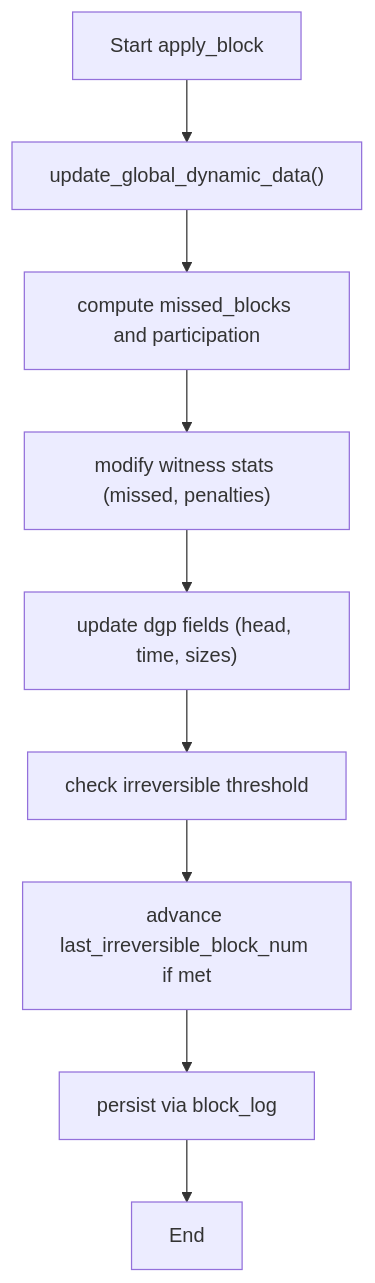
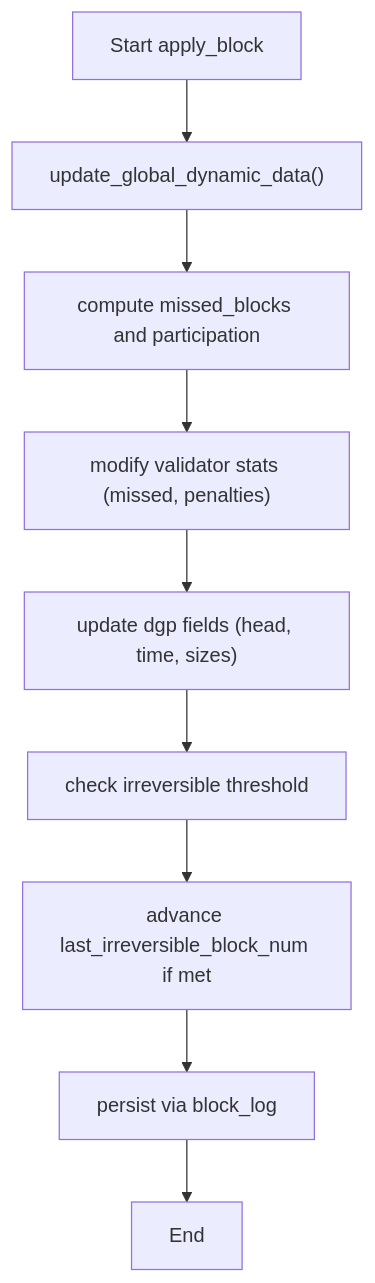
The eighth of 9 diagrams in .qoder/repowiki/en/content/Architecture Overview/Core Libraries/Protocol Library/Block Structures.md (VIZ-Blockchain/viz-cpp-node), drawn with Mermaid before and after one commit. The commit also changed other lines of this file and 88 other files, not shown here.

First line of the commit message:
docs(validator): rename witness to validator throughout documentation

````diff
--- a/.qoder/repowiki/en/content/Architecture Overview/Core Libraries/Protocol Library/Block Structures.md
+++ b/.qoder/repowiki/en/content/Architecture Overview/Core Libraries/Protocol Library/Block Structures.md
@@ -304,11 +304,11 @@
 ```mermaid
 flowchart TD
 S["Start apply_block"] --> U["update_global_dynamic_data()"]
 U --> P["compute missed_blocks and participation"]
-P --> W["modify witness stats (missed, penalties)"]
+P --> W["modify validator stats (missed, penalties)"]
 W --> D["update dgp fields (head, time, sizes)"]
 D --> IR["check irreversible threshold"]
 IR --> E["advance last_irreversible_block_num if met"]
 E --> F["persist via block_log"]
 F --> T["End"]
 ```
````
